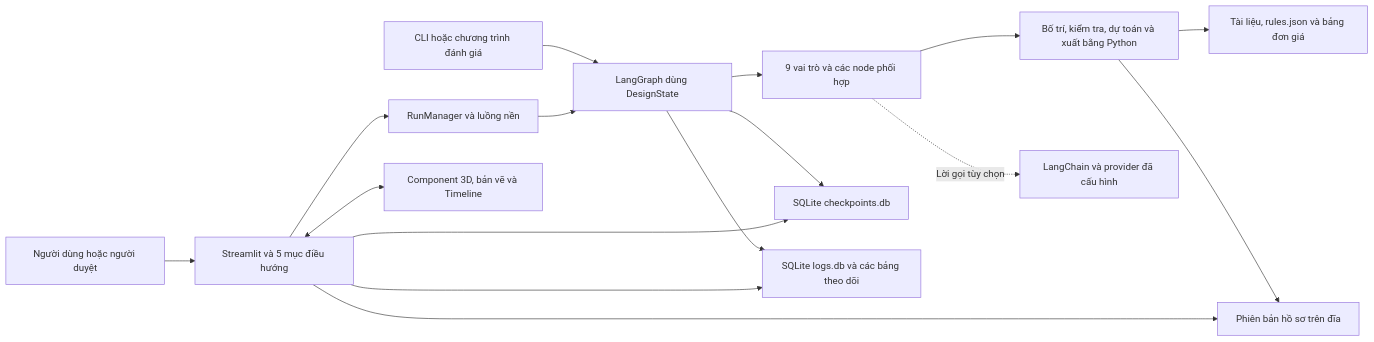
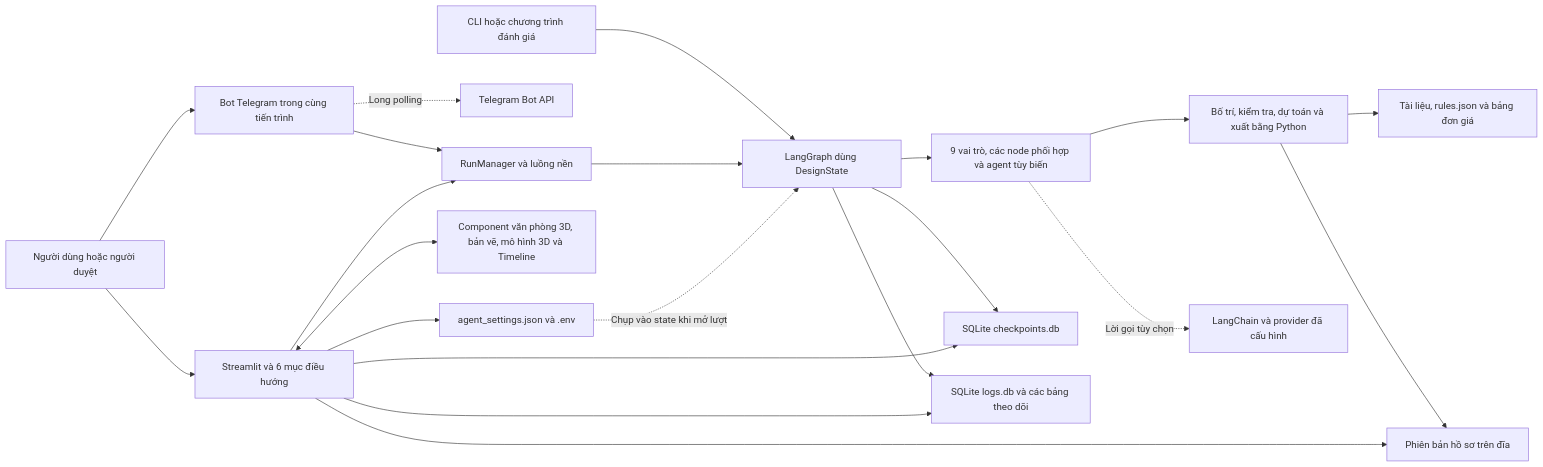
Before and after one commit to ngohongphuc/AI-Architect-Studio-2: the first of 2 diagrams in planqlda.md, drawn with Mermaid. The commit also changed other lines of this file and 2 other files, not shown here.

````diff
--- a/planqlda.md
+++ b/planqlda.md
@@ -90,18 +97,23 @@
 ```mermaid
 flowchart LR
-    U["Người dùng hoặc người duyệt"] --> UI["Streamlit và 5 mục điều hướng"]
+    U["Người dùng hoặc người duyệt"] --> UI["Streamlit và 6 mục điều hướng"]
+    U --> TG["Bot Telegram trong cùng tiến trình"]
+    TG --> RM
+    TG -. "Long polling" .-> TAPI["Telegram Bot API"]
     CLI["CLI hoặc chương trình đánh giá"] --> G["LangGraph dùng DesignState"]
     UI --> RM["RunManager và luồng nền"]
     RM --> G
-    G --> AG["9 vai trò và các node phối hợp"]
+    G --> AG["9 vai trò, các node phối hợp và agent tùy biến"]
     AG --> TOOL["Bố trí, kiểm tra, dự toán và xuất bằng Python"]
     AG -. "Lời gọi tùy chọn" .-> MODEL["LangChain và provider đã cấu hình"]
     TOOL --> REF["Tài liệu, rules.json và bảng đơn giá"]
     G --> CP["SQLite checkpoints.db"]
     G --> OBS["SQLite logs.db và các bảng theo dõi"]
     TOOL --> OUT["Phiên bản hồ sơ trên đĩa"]
     UI --> CP
     UI --> OBS
     UI --> OUT
-    UI <--> WEB["Component 3D, bản vẽ và Timeline"]
+    UI <--> WEB["Component văn phòng 3D, bản vẽ, mô hình 3D và Timeline"]
+    UI --> SET["agent_settings.json và .env"]
+    SET -. "Chụp vào state khi mở lượt" .-> G
 ```
````
